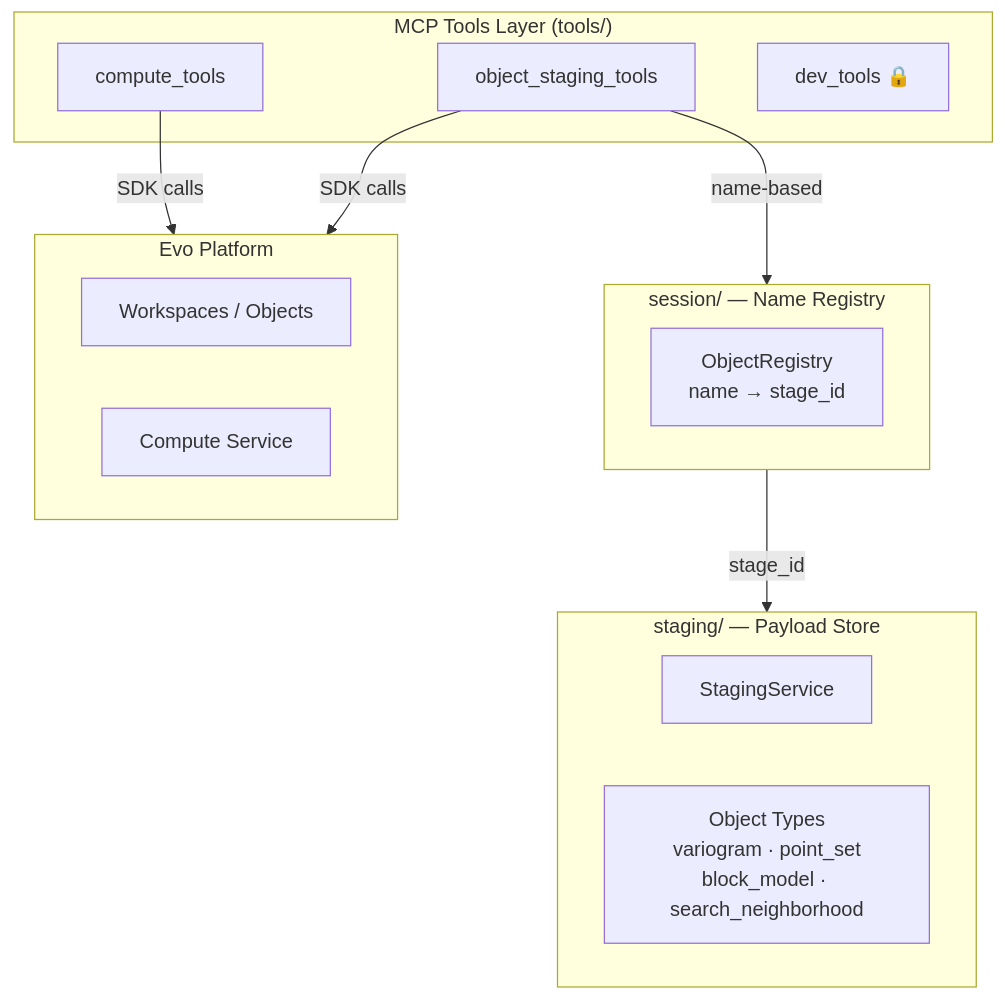
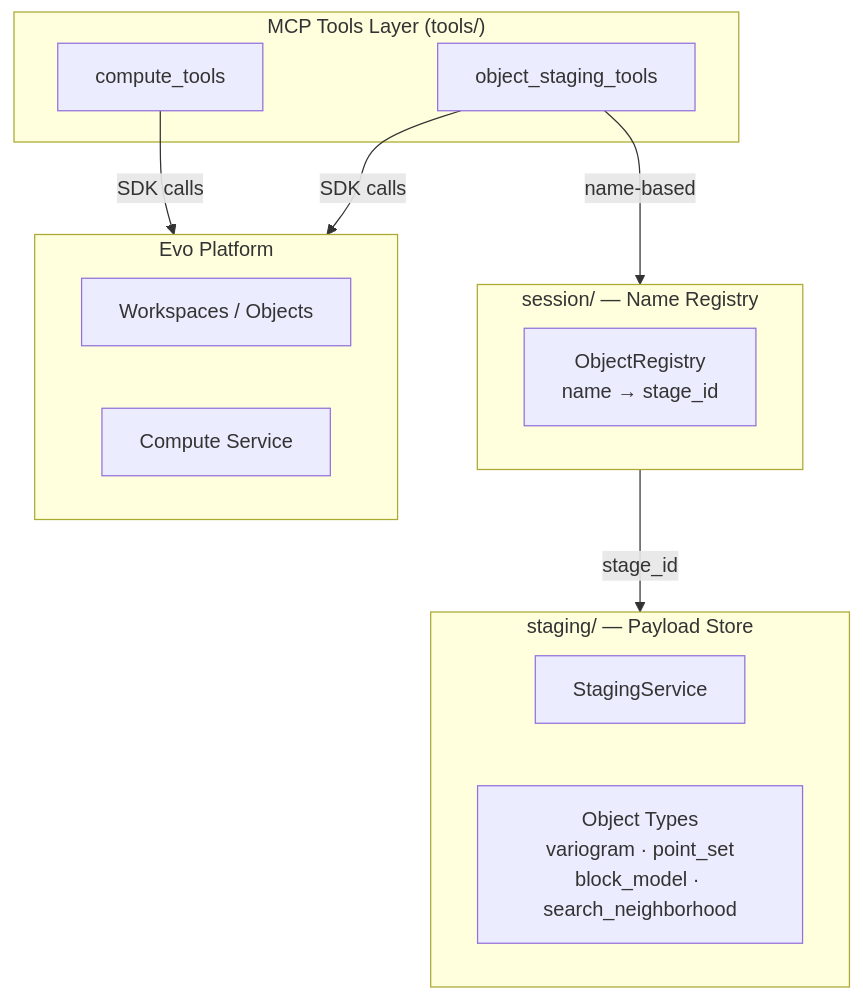
One commit to SeequentEvo/evo-mcp changed the diagram in docs/estimation-workflow-design.md. Above: the diagram before and after it, drawn with Mermaid. The commit also changed 6 other files, not shown here.

Commit message:
remove dev tools functionality; not needed until skill evaluations re-added

````diff
--- a/docs/estimation-workflow-design.md
+++ b/docs/estimation-workflow-design.md
@@ -9,26 +9,25 @@
 ```mermaid
 flowchart TB
     subgraph MCP["MCP Tools Layer  (tools/)"]
         ST[object_staging_tools]
         CT[compute_tools]
-        DT[dev_tools 🔒]
     end
 
     subgraph Session["session/  — Name Registry"]
         OR[ObjectRegistry\nname → stage_id]
     end
 
     subgraph Staging["staging/  — Payload Store"]
         SS[StagingService]
         OT[Object Types\nvariogram · point_set\nblock_model · search_neighborhood]
     end
 
     subgraph Evo["Evo Platform"]
         WS[Workspaces / Objects]
         COMP[Compute Service]
     end
 
     ST -->|name-based| Session
     Session -->|stage_id| Staging
     CT & ST -->|SDK calls| Evo
 ```
````
